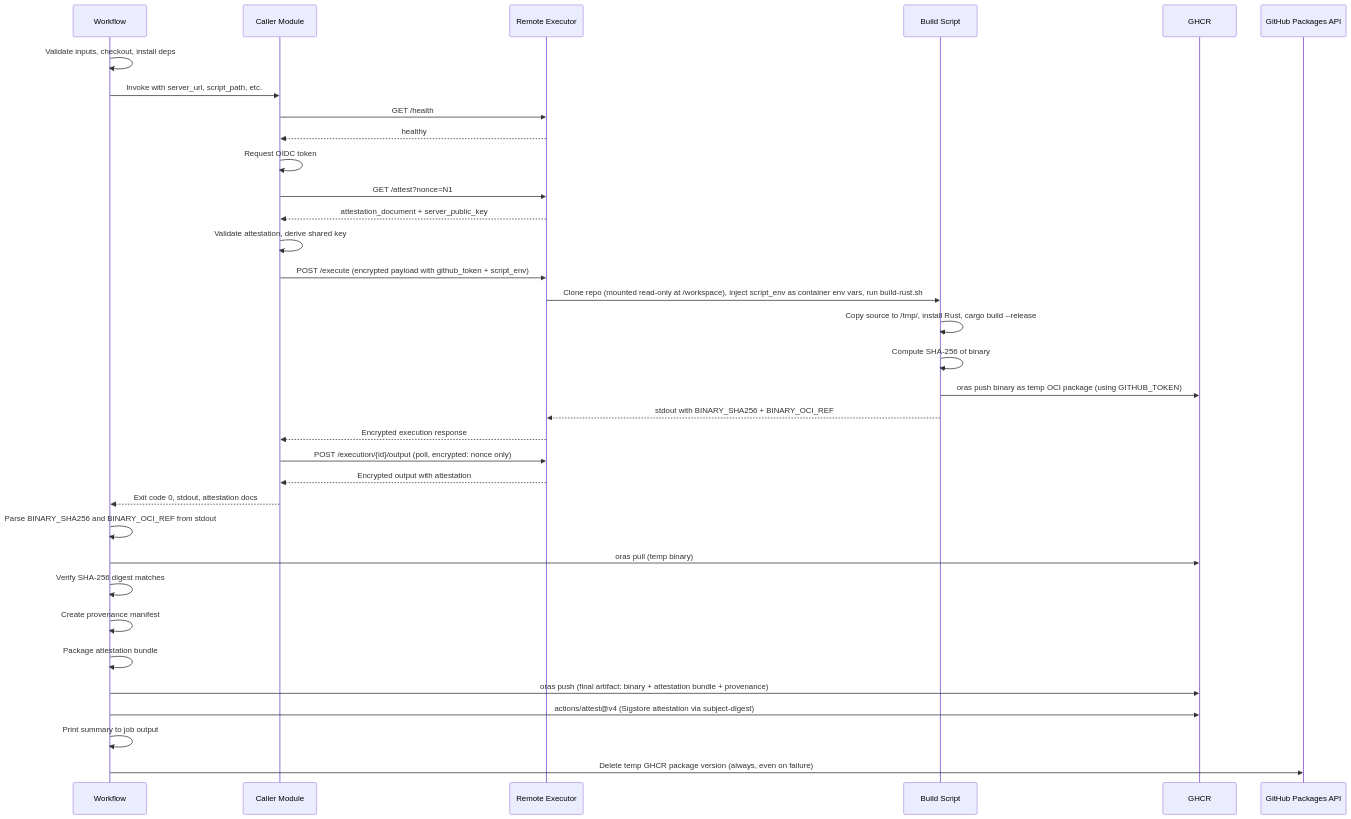
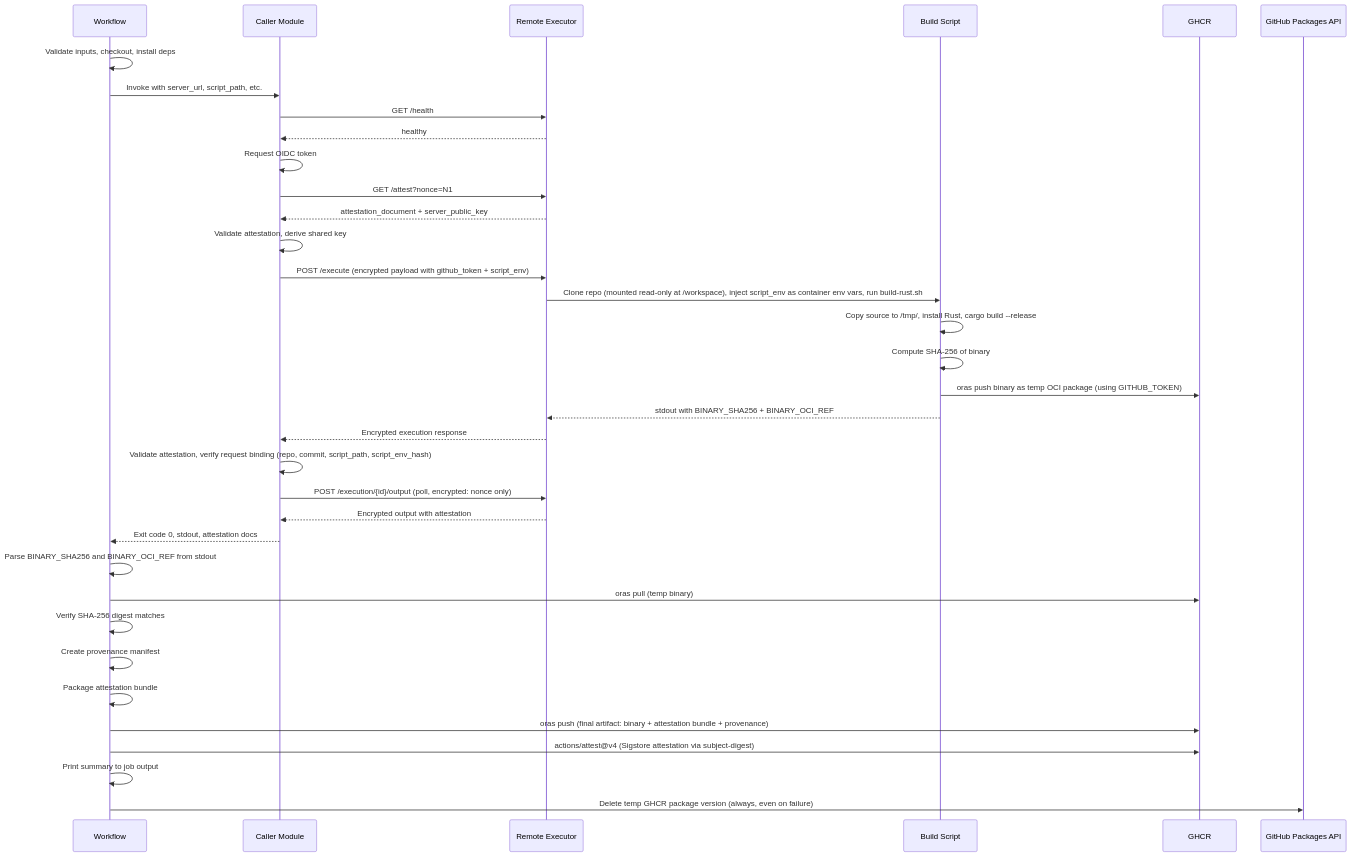
Before and after one commit to richardfan1126/github-runner-ec2-attestation-rust-build-demo: the second of 2 diagrams in .kiro/specs/rust-attestated-build/design.md, drawn with Mermaid. The commit also changed other lines of this file and 2 other files, not shown here.

Commit message:
spec: add script_env_hash verification to attestation workflow

````diff
--- a/.kiro/specs/rust-attestated-build/design.md
+++ b/.kiro/specs/rust-attestated-build/design.md
@@ -69,37 +69,38 @@
 ```mermaid
 sequenceDiagram
     participant WF as Workflow
     participant CALLER as Caller Module
     participant RE as Remote Executor
     participant BS as Build Script
     participant GHCR as GHCR
     participant GH_API as GitHub Packages API
 
     WF->>WF: Validate inputs, checkout, install deps
     WF->>CALLER: Invoke with server_url, script_path, etc.
     CALLER->>RE: GET /health
     RE-->>CALLER: healthy
     CALLER->>CALLER: Request OIDC token
     CALLER->>RE: GET /attest?nonce=N1
     RE-->>CALLER: attestation_document + server_public_key
     CALLER->>CALLER: Validate attestation, derive shared key
     CALLER->>RE: POST /execute (encrypted payload with github_token + script_env)
     RE->>BS: Clone repo (mounted read-only at /workspace), inject script_env as container env vars, run build-rust.sh
     BS->>BS: Copy source to /tmp/, install Rust, cargo build --release
     BS->>BS: Compute SHA-256 of binary
     BS->>GHCR: oras push binary as temp OCI package (using GITHUB_TOKEN)
     BS-->>RE: stdout with BINARY_SHA256 + BINARY_OCI_REF
     RE-->>CALLER: Encrypted execution response
+    CALLER->>CALLER: Validate attestation, verify request binding (repo, commit, script_path, script_env_hash)
     CALLER->>RE: POST /execution/{id}/output (poll, encrypted: nonce only)
     RE-->>CALLER: Encrypted output with attestation
     CALLER-->>WF: Exit code 0, stdout, attestation docs
     WF->>WF: Parse BINARY_SHA256 and BINARY_OCI_REF from stdout
     WF->>GHCR: oras pull (temp binary)
     WF->>WF: Verify SHA-256 digest matches
     WF->>WF: Create provenance manifest
     WF->>WF: Package attestation bundle
     WF->>GHCR: oras push (final artifact: binary + attestation bundle + provenance)
     WF->>GHCR: actions/attest@v4 (Sigstore attestation via subject-digest)
     WF->>WF: Print summary to job output
     WF->>GH_API: Delete temp GHCR package version (always, even on failure)
 ```
````
